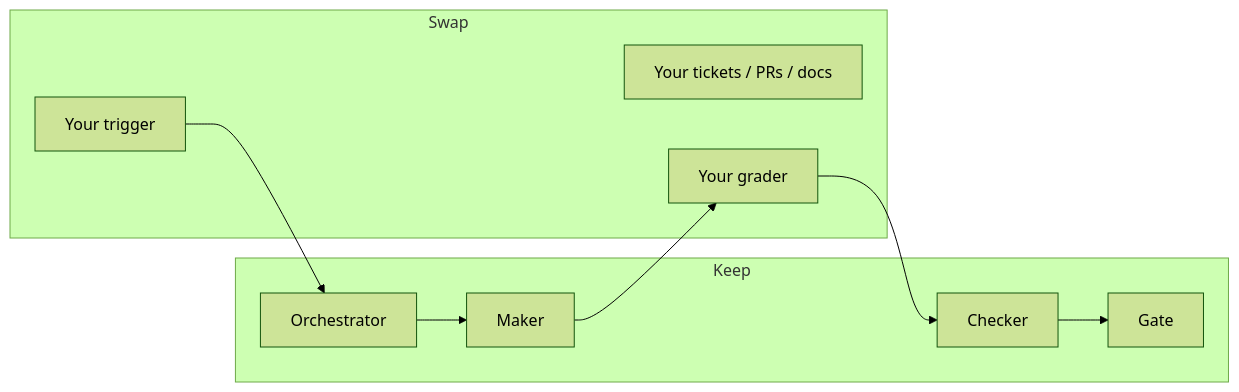
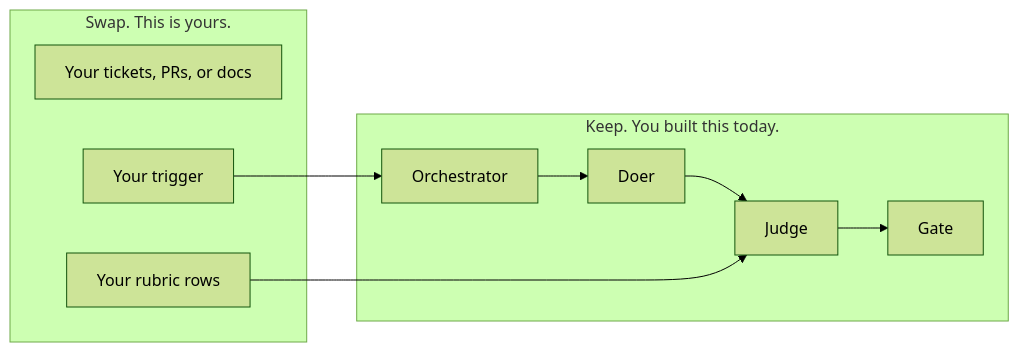
One commit to RichardHightower/reliable-agentic-lab changed the diagram in slides/session-4-production-architecture/slides.md. Above: the diagram before and after it, drawn with Mermaid (forest theme). The commit also changed other lines of this file and 2 other files, not shown here.

````diff
--- a/slides/session-4-production-architecture/slides.md
+++ b/slides/session-4-production-architecture/slides.md
@@ -181,15 +215,15 @@
 ```mermaid
 flowchart LR
-  subgraph keep [Keep]
-    O[Orchestrator]
-    MK[Maker]
-    CH[Checker]
-    G[Gate]
+  subgraph keep [Keep. You built this today.]
+    O[Orchestrator] --> D[Doer]
+    D --> J[Judge]
+    J --> G[Gate]
   end
-  subgraph swap [Swap]
-    Obj[Your tickets / PRs / docs]
+  subgraph swap [Swap. This is yours.]
+    Obj[Your tickets, PRs, or docs]
     Trig[Your trigger]
-    Grad[Your grader]
+    Rub[Your rubric rows]
   end
-  Trig --> O --> MK --> Grad --> CH --> G
+  Trig --> O
+  Rub --> J
 ```
````
